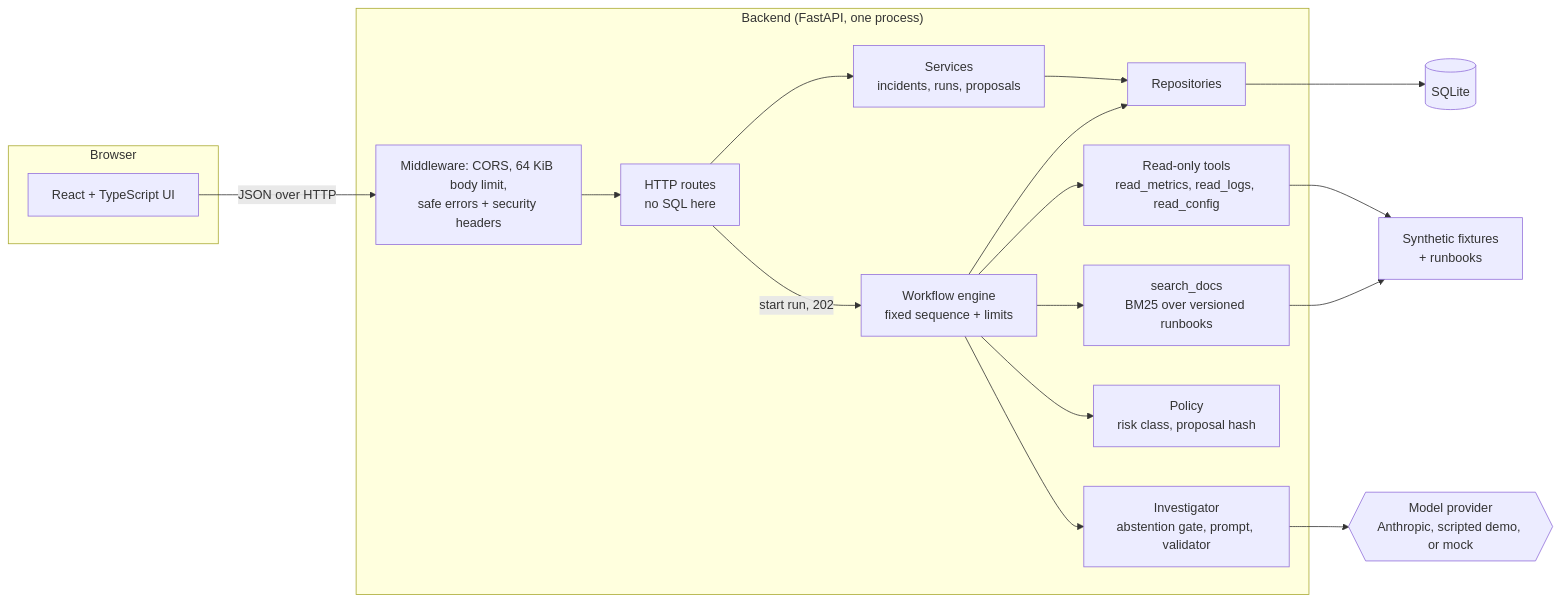
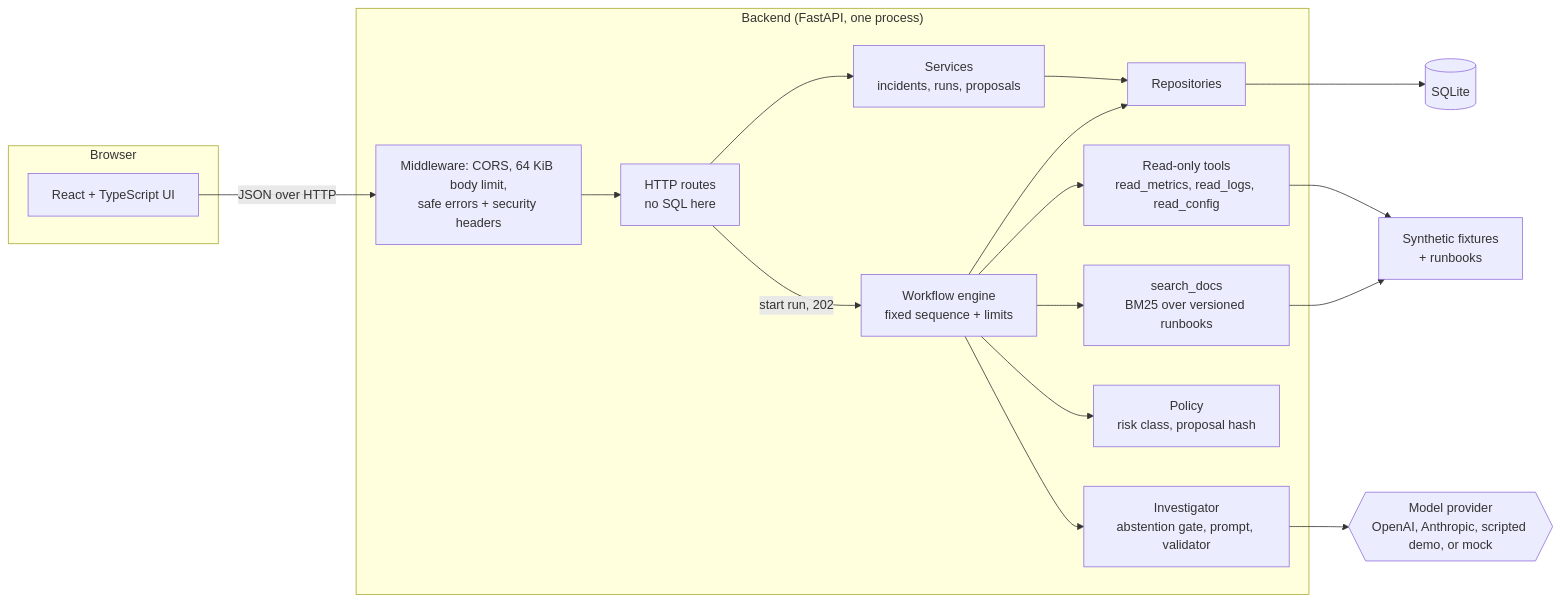
The first of 3 diagrams in docs/ARCHITECTURE.md (vishalgwu/FabricOps-AI-Infrastructure-Mission-Control), drawn with Mermaid before and after one commit. The commit also changed other lines of this file and 16 other files, not shown here.

First line of the commit message:
Add an OpenAI provider (FABRICOPS_LLM_PROVIDER=openai) and a free key check

````diff
--- a/docs/ARCHITECTURE.md
+++ b/docs/ARCHITECTURE.md
@@ -11,28 +11,28 @@
 ```mermaid
 flowchart LR
     subgraph Browser
         UI[React + TypeScript UI]
     end
     subgraph Backend["Backend (FastAPI, one process)"]
         MW["Middleware: CORS, 64 KiB body limit,<br/>safe errors + security headers"]
         API[HTTP routes<br/>no SQL here]
         SVC[Services<br/>incidents, runs, proposals]
         WF[Workflow engine<br/>fixed sequence + limits]
         TOOLS["Read-only tools<br/>read_metrics, read_logs, read_config"]
         RAG["search_docs<br/>BM25 over versioned runbooks"]
         INV["Investigator<br/>abstention gate, prompt, validator"]
         POL["Policy<br/>risk class, proposal hash"]
         REPO[Repositories]
     end
     DB[(SQLite)]
     FIX[Synthetic fixtures<br/>+ runbooks]
-    LLM{{"Model provider<br/>Anthropic, scripted demo, or mock"}}
+    LLM{{"Model provider<br/>OpenAI, Anthropic, scripted demo, or mock"}}
 
     UI -->|JSON over HTTP| MW --> API --> SVC --> REPO --> DB
     API -->|start run, 202| WF
     WF --> TOOLS --> FIX
     WF --> RAG --> FIX
     WF --> INV --> LLM
     WF --> POL
     WF --> REPO
 ```
````
